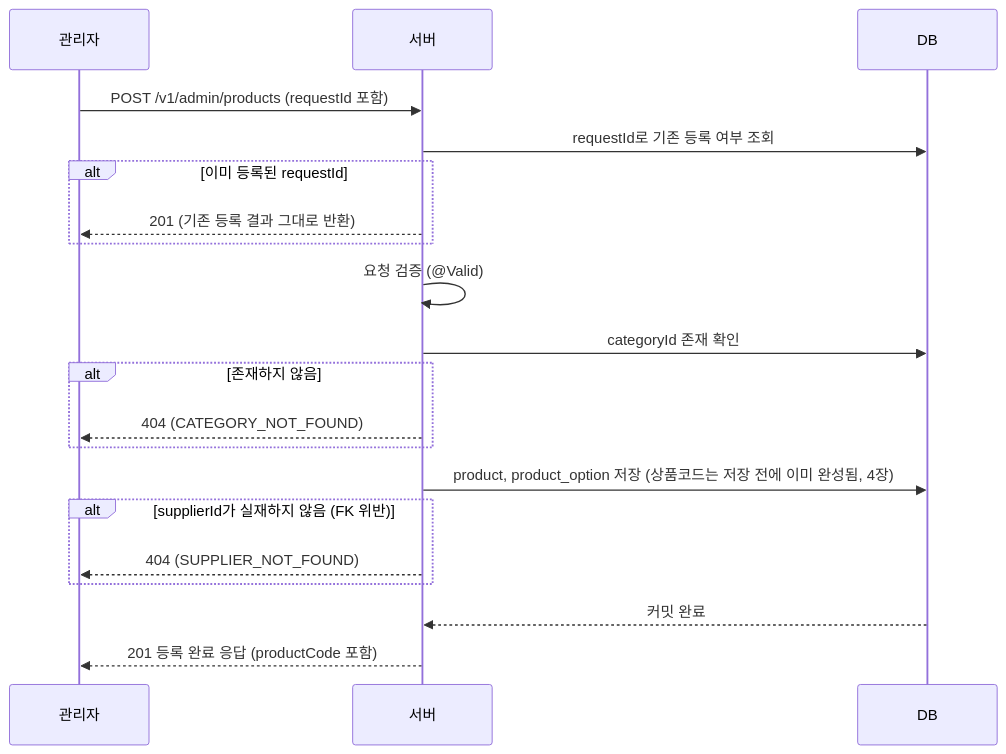
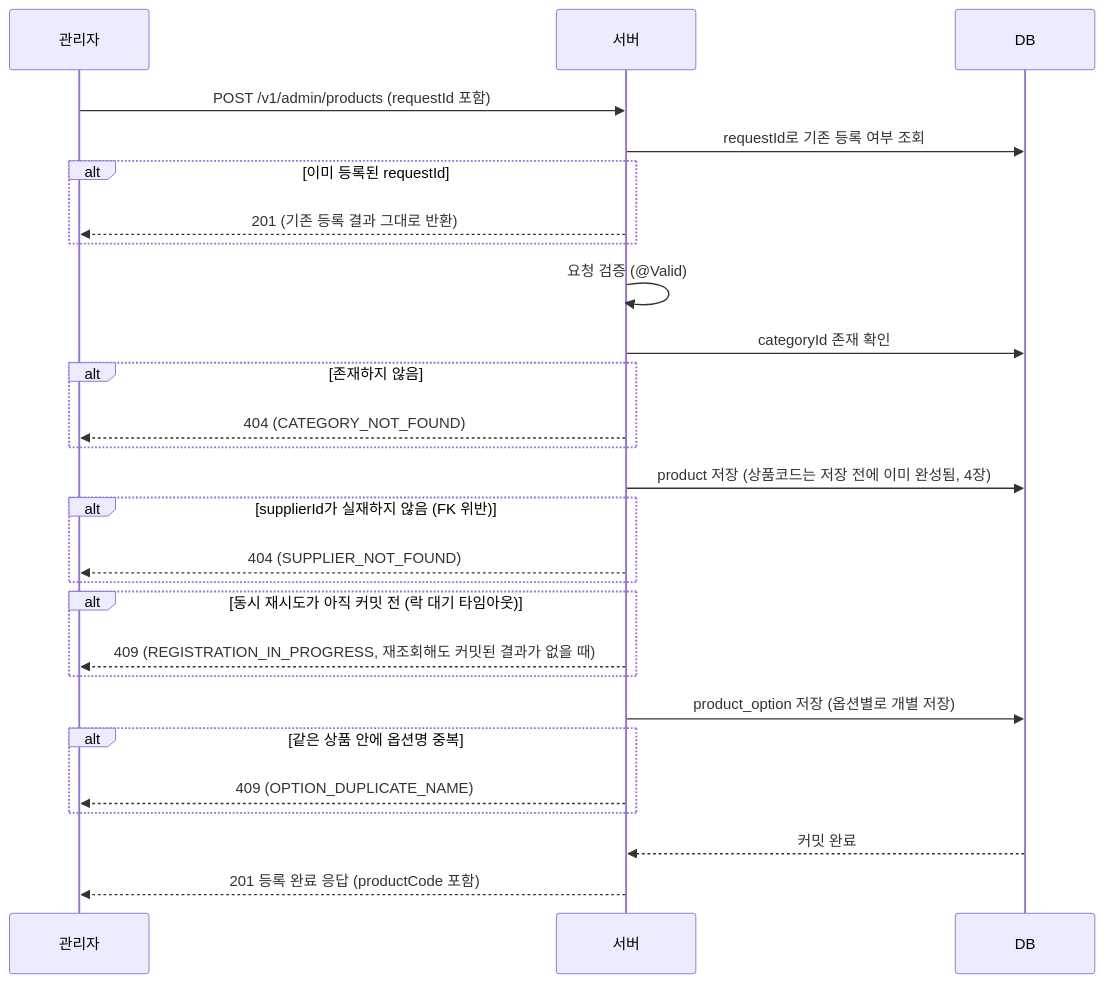
The diagram in docs/wiki/관리자 상품 등록.md (fresh-market/fm-backend), drawn with Mermaid before and after one commit. The commit also changed other lines of this file and 1 other file, not shown here.

````diff
--- a/docs/wiki/관리자 상품 등록.md
+++ b/docs/wiki/관리자 상품 등록.md
@@ -76,23 +81,30 @@
 ```mermaid
 sequenceDiagram
     participant A as 관리자
     participant S as 서버
     participant DB as DB
 
     A->>S: POST /v1/admin/products (requestId 포함)
     S->>DB: requestId로 기존 등록 여부 조회
     alt 이미 등록된 requestId
         S-->>A: 201 (기존 등록 결과 그대로 반환)
     end
     S->>S: 요청 검증 (@Valid)
     S->>DB: categoryId 존재 확인
     alt 존재하지 않음
         S-->>A: 404 (CATEGORY_NOT_FOUND)
     end
-    S->>DB: product, product_option 저장 (상품코드는 저장 전에 이미 완성됨, 4장)
+    S->>DB: product 저장 (상품코드는 저장 전에 이미 완성됨, 4장)
     alt supplierId가 실재하지 않음 (FK 위반)
         S-->>A: 404 (SUPPLIER_NOT_FOUND)
+    end
+    alt 동시 재시도가 아직 커밋 전 (락 대기 타임아웃)
+        S-->>A: 409 (REGISTRATION_IN_PROGRESS, 재조회해도 커밋된 결과가 없을 때)
+    end
+    S->>DB: product_option 저장 (옵션별로 개별 저장)
+    alt 같은 상품 안에 옵션명 중복
+        S-->>A: 409 (OPTION_DUPLICATE_NAME)
     end
     DB-->>S: 커밋 완료
     S-->>A: 201 등록 완료 응답 (productCode 포함)
 ```
````
